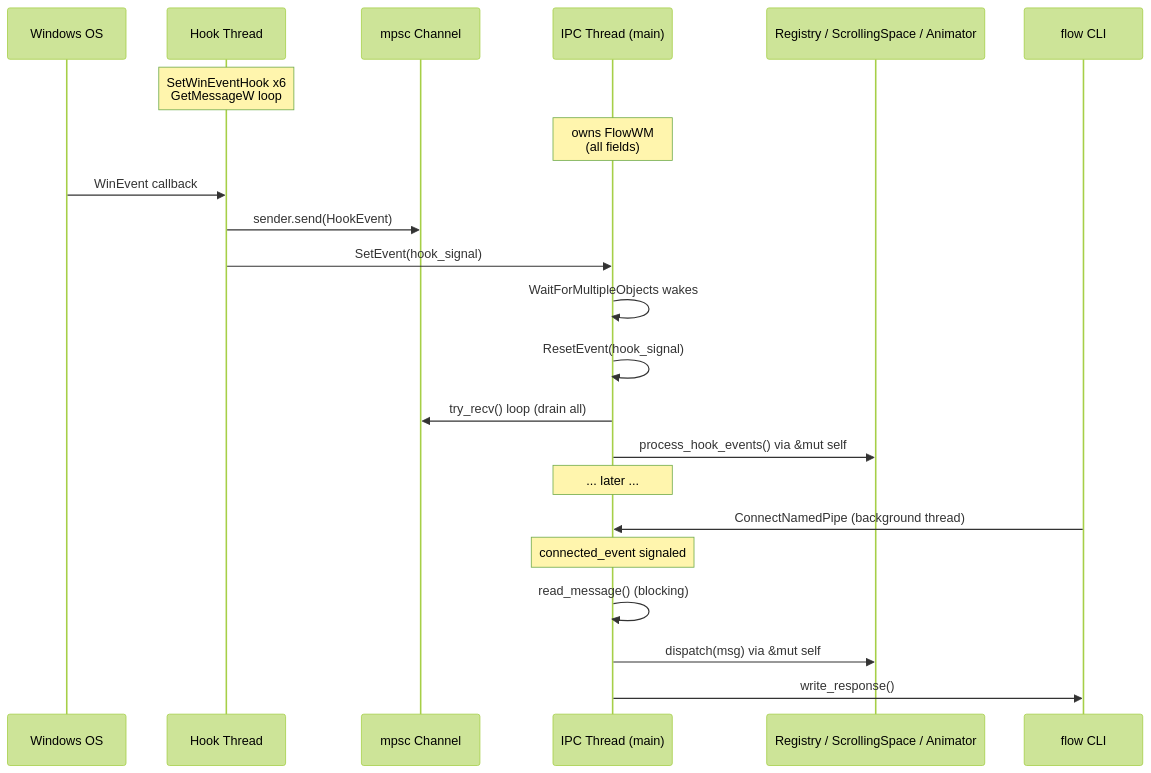
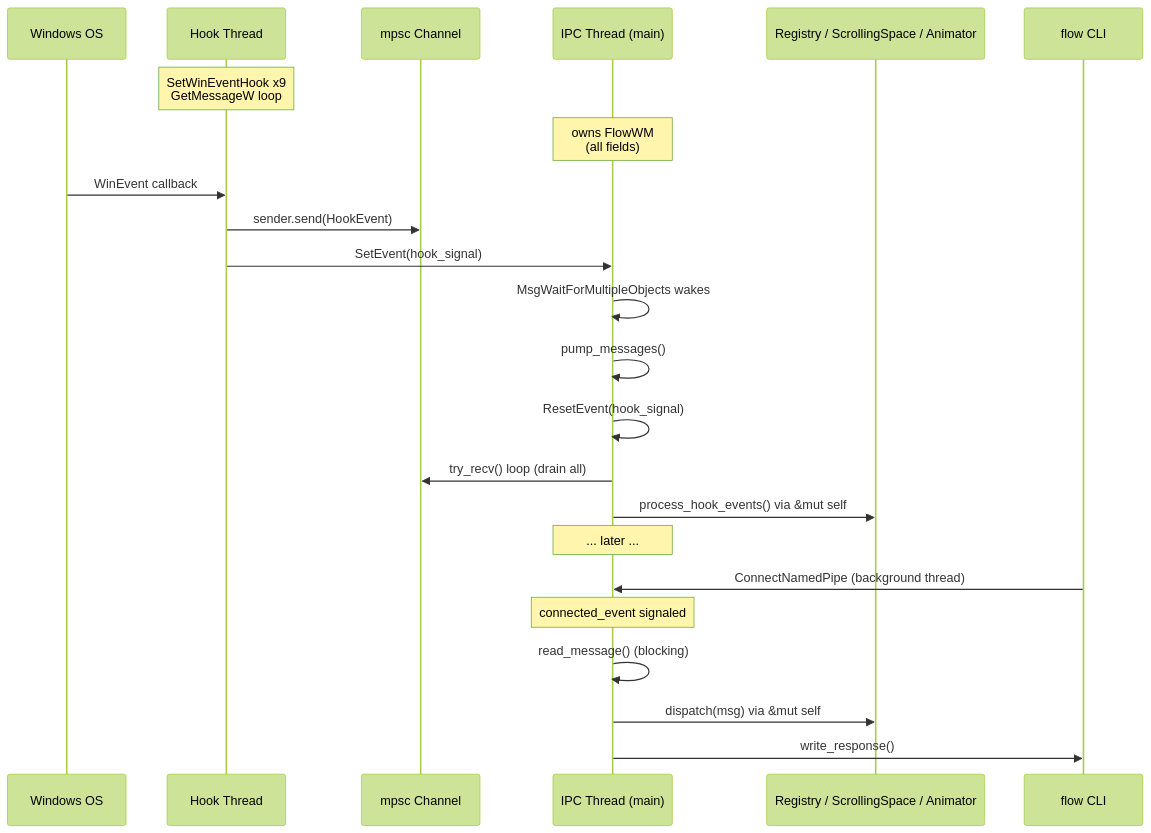
One commit to darth-feir/flow-wm-multi-monitor changed the first of 2 diagrams in docs/src/dev-guide/threading-model.md. Above: the diagram before and after it, drawn with Mermaid (forest theme). The commit also changed other lines of this file and 33 other files, not shown here.

First line of the commit message:
docs: move the fork to github.com/darth-feir/flow-wm and audit every guide page against the code

````diff
--- a/docs/src/dev-guide/threading-model.md
+++ b/docs/src/dev-guide/threading-model.md
@@ -17,28 +17,29 @@
 ```mermaid
 sequenceDiagram
     participant OS as Windows OS
     participant Hook as Hook Thread
     participant Chan as mpsc Channel
     participant IPC as IPC Thread (main)
     participant Subsystems as Registry / ScrollingSpace / Animator
 
-    Note over Hook: SetWinEventHook x6<br/>GetMessageW loop
+    Note over Hook: SetWinEventHook x9<br/>GetMessageW loop
     Note over IPC: owns FlowWM<br/>(all fields)
 
     OS->>Hook: WinEvent callback
     Hook->>Chan: sender.send(HookEvent)
     Hook->>IPC: SetEvent(hook_signal)
-    IPC->>IPC: WaitForMultipleObjects wakes
+    IPC->>IPC: MsgWaitForMultipleObjects wakes
+    IPC->>IPC: pump_messages()
     IPC->>IPC: ResetEvent(hook_signal)
     IPC->>Chan: try_recv() loop (drain all)
     IPC->>Subsystems: process_hook_events() via &mut self
 
     Note over IPC: ... later ...
 
     participant CLI as flow CLI
     CLI->>IPC: ConnectNamedPipe (background thread)
     Note over IPC: connected_event signaled
     IPC->>IPC: read_message() (blocking)
     IPC->>Subsystems: dispatch(msg) via &mut self
     IPC->>CLI: write_response()
 ```
````
